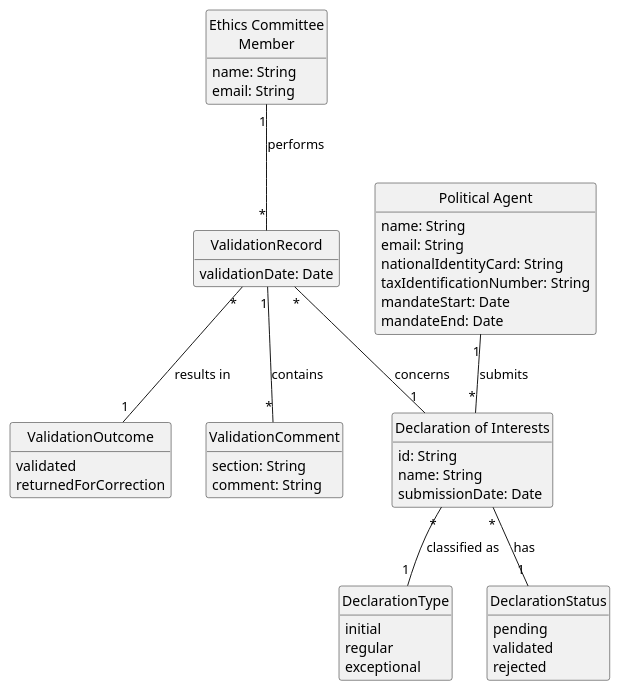
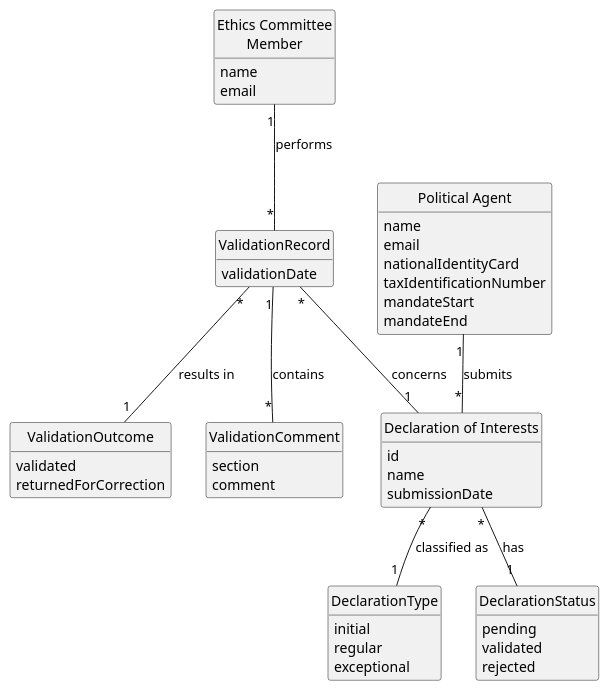
The diagram in docs/system-documentation/US08/02.analysis/puml/US08-DM.puml (brunodspinto/crystal-clear-platform), drawn with PlantUML before and after one commit. The commit also changed 26 other files, not shown here.

```diff
--- a/docs/system-documentation/US08/02.analysis/puml/US08-DM.puml
+++ b/docs/system-documentation/US08/02.analysis/puml/US08-DM.puml
@@ -1,67 +1,67 @@
 @startuml US08-DM
 skinparam monochrome true
 skinparam packageStyle rectangle
 skinparam shadowing false
 skinparam classAttributeIconSize 0
 
 hide circle
 hide methods
 
 class "Ethics Committee\nMember" as EthicsCommitteeMember {
-    name: String
-    email: String
+    name
+    email
 }
 
 class "Political Agent" as PoliticalAgent {
-    name: String
-    email: String
-    nationalIdentityCard: String
-    taxIdentificationNumber: String
-    mandateStart: Date
-    mandateEnd: Date
+    name
+    email
+    nationalIdentityCard
+    taxIdentificationNumber
+    mandateStart
+    mandateEnd
 }
 
 class "Declaration of Interests" as Declaration {
-    id: String
-    name: String
-    submissionDate: Date
+    id
+    name
+    submissionDate
 }
 
 enum DeclarationType {
     initial
     regular
     exceptional
 }
 
 enum DeclarationStatus {
     pending
     validated
     rejected
 }
 
 class ValidationRecord {
-    validationDate: Date
+    validationDate
 }
 
 enum ValidationOutcome {
     validated
     returnedForCorrection
 }
 
 class ValidationComment {
-    section: String
-    comment: String
+    section
+    comment
 }
 
 PoliticalAgent "1" -- "*" Declaration : submits
 
 Declaration "*" -- "1" DeclarationType : classified as
 Declaration "*" -- "1" DeclarationStatus : has
 
 EthicsCommitteeMember "1" -- "*" ValidationRecord : performs
 
 ValidationRecord "*" -- "1" Declaration : concerns
 ValidationRecord "*" -- "1" ValidationOutcome : results in
 ValidationRecord "1" -- "*" ValidationComment : contains
 
 @enduml
```
